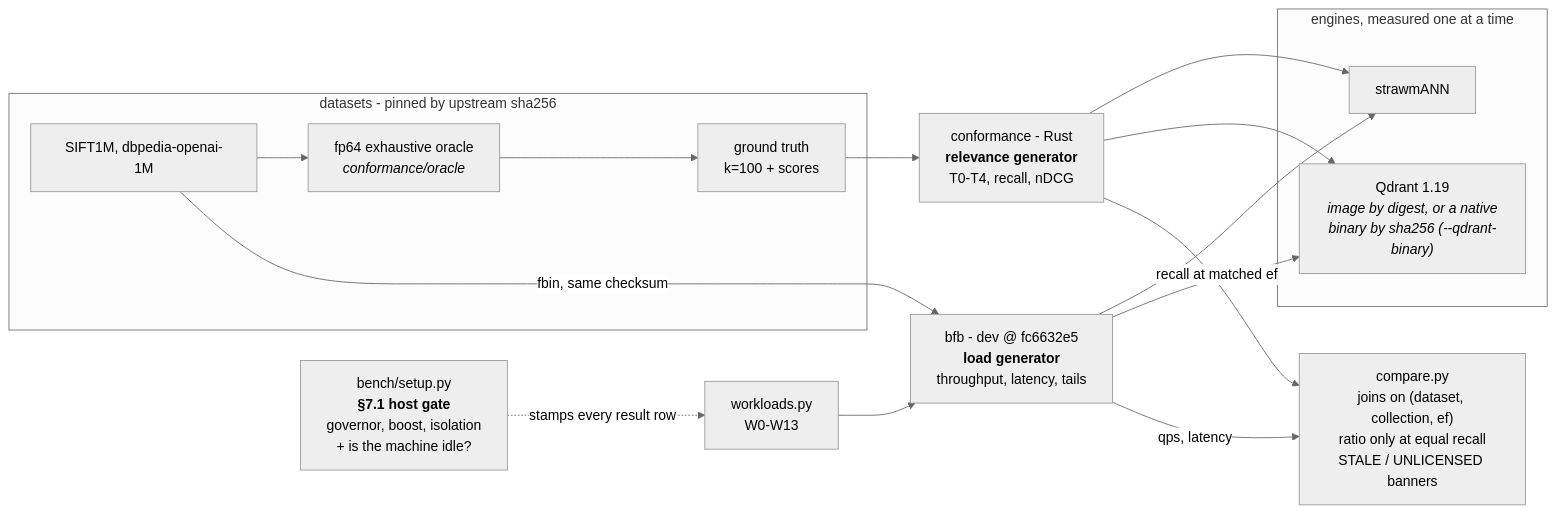
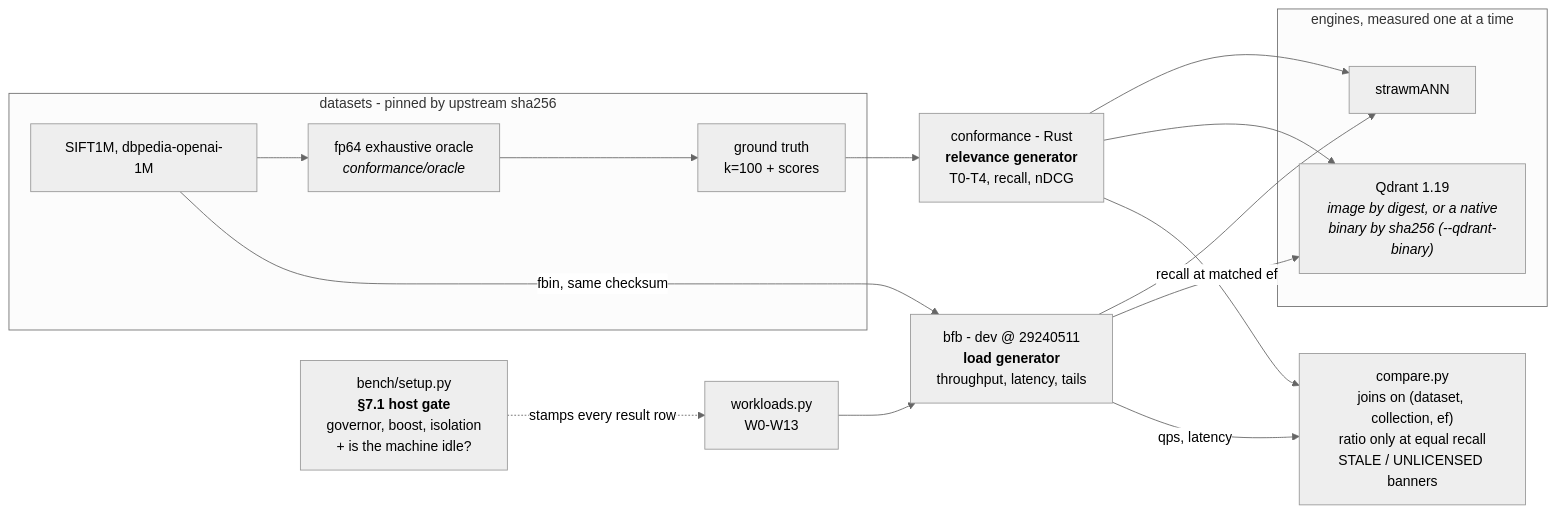
The second of 2 diagrams in README.md (agourlay/strawmann), drawn with Mermaid (neutral theme) before and after one commit. The commit also changed 4 other files, not shown here.

````diff
--- a/README.md
+++ b/README.md
@@ -272,31 +272,31 @@
 ```mermaid
 flowchart LR
     subgraph data["datasets - pinned by upstream sha256"]
         raw["SIFT1M, dbpedia-openai-1M"]
         oracle["fp64 exhaustive oracle<br/><i>conformance/oracle</i>"]
         gt["ground truth<br/>k=100 + scores"]
         raw --> oracle --> gt
     end
 
     subgraph engines["engines, measured one at a time"]
         sm["strawmANN"]
         qd["Qdrant 1.19<br/><i>image by digest, or a native<br/>binary by sha256 (--qdrant-binary)</i>"]
     end
 
-    bfb["bfb - dev @ fc6632e5<br/><b>load generator</b><br/>throughput, latency, tails"]
+    bfb["bfb - dev @ 29240511<br/><b>load generator</b><br/>throughput, latency, tails"]
     conf["conformance - Rust<br/><b>relevance generator</b><br/>T0-T4, recall, nDCG"]
     gate["bench/setup.py<br/><b>§7.1 host gate</b><br/>governor, boost, isolation<br/>+ is the machine idle?"]
     wl["workloads.py<br/>W0-W13"]
     cmp["compare.py<br/>joins on (dataset, collection, ef)<br/>ratio only at equal recall<br/>STALE / UNLICENSED banners"]
 
     raw -->|fbin, same checksum| bfb
     gt --> conf
     gate -.->|stamps every result row| wl
     wl --> bfb
     bfb --> sm
     bfb --> qd
     conf --> sm
     conf --> qd
     bfb -->|qps, latency| cmp
     conf -->|recall at matched ef| cmp
 ```
````
